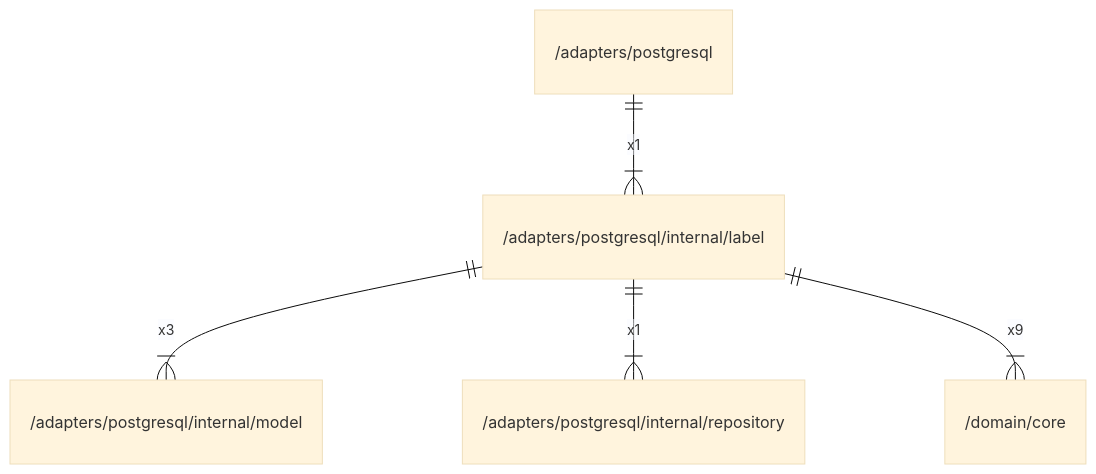
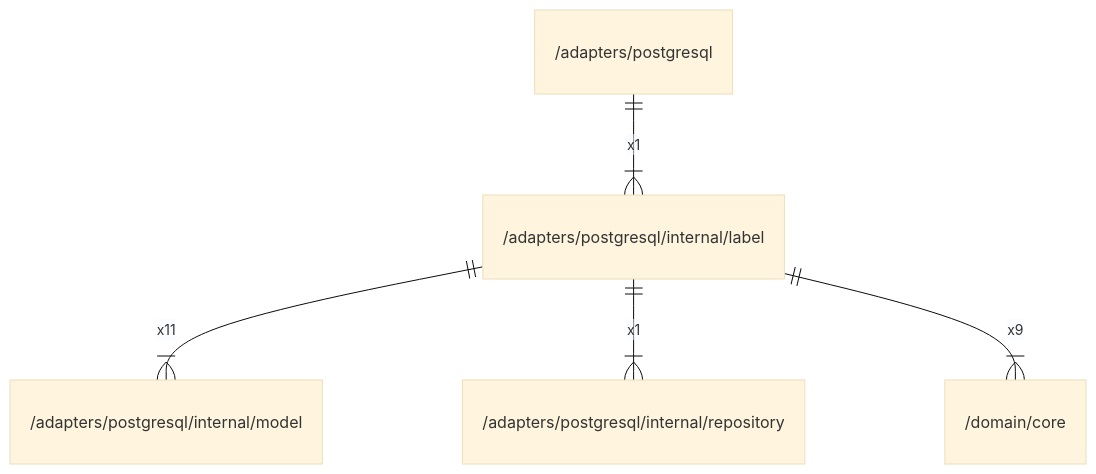
One commit to gbh007/hgraber-next changed the diagram in docs/arch/adapters/postgresql/internal/label.md. Above: the diagram before and after it, drawn with Mermaid (base theme). The commit also changed other lines of this file and 98 other files, not shown here.

````diff
--- a/docs/arch/adapters/postgresql/internal/label.md
+++ b/docs/arch/adapters/postgresql/internal/label.md
@@ -27,7 +39,7 @@
 ```mermaid
 erDiagram
     "/adapters/postgresql" ||--|{ "/adapters/postgresql/internal/label" : x1
-    "/adapters/postgresql/internal/label" ||--|{ "/adapters/postgresql/internal/model" : x3
+    "/adapters/postgresql/internal/label" ||--|{ "/adapters/postgresql/internal/model" : x11
     "/adapters/postgresql/internal/label" ||--|{ "/adapters/postgresql/internal/repository" : x1
     "/adapters/postgresql/internal/label" ||--|{ "/domain/core" : x9
 ```
````
